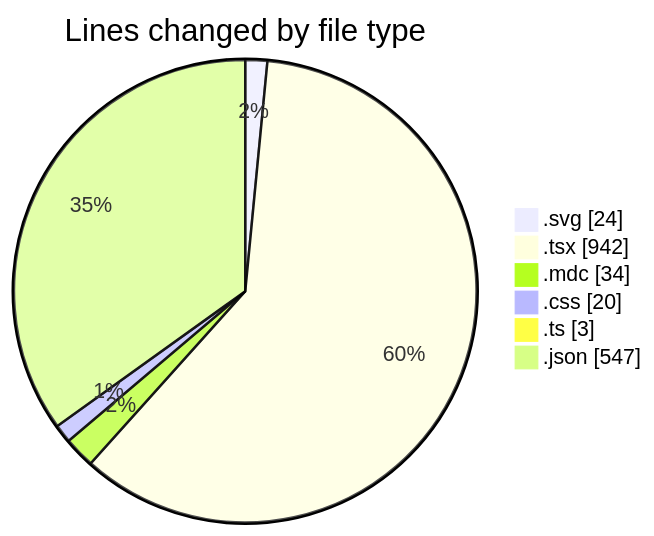
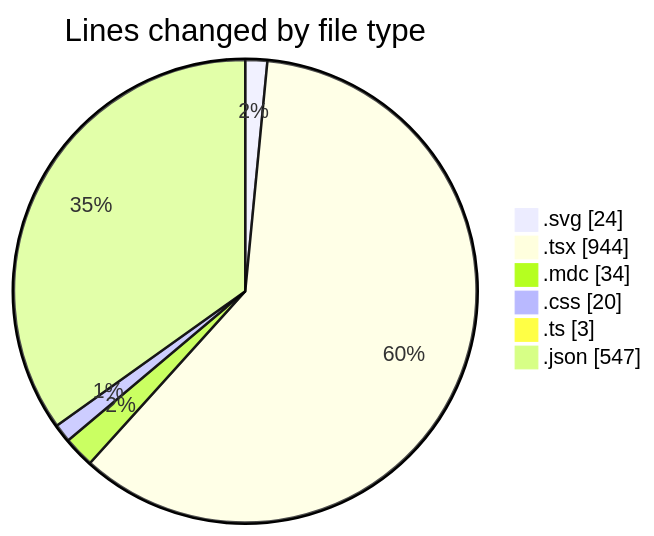
Before and after one commit to EIIisD/code-tracking: the first of 2 diagrams in 2025-07-18/ribbon/README.md, drawn with Mermaid. The commit also changed other lines of this file and 1 other file, not shown here.

````diff
--- a/2025-07-18/ribbon/README.md
+++ b/2025-07-18/ribbon/README.md
@@ -27,10 +27,10 @@
 ```mermaid
 pie showData
 title Lines changed by file type
 ".svg" : 24
-".tsx" : 942
+".tsx" : 944
 ".mdc" : 34
 ".css" : 20
 ".ts" : 3
 ".json" : 547
 ```
````
